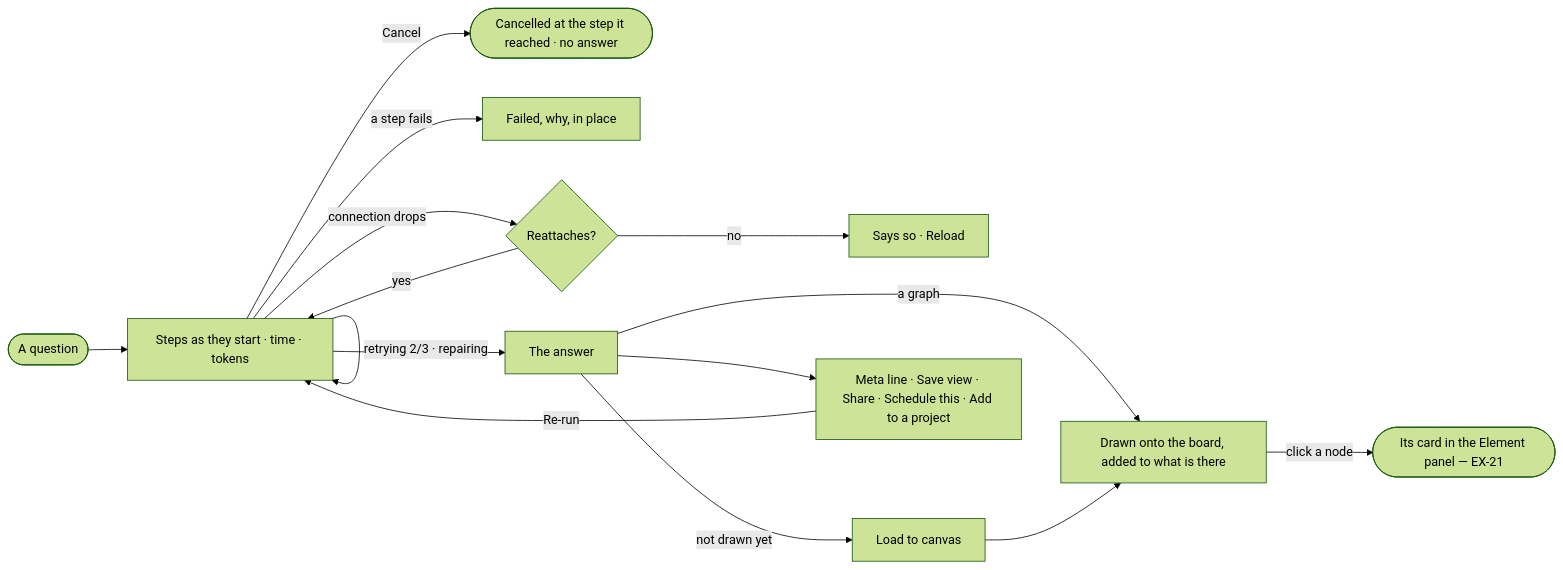
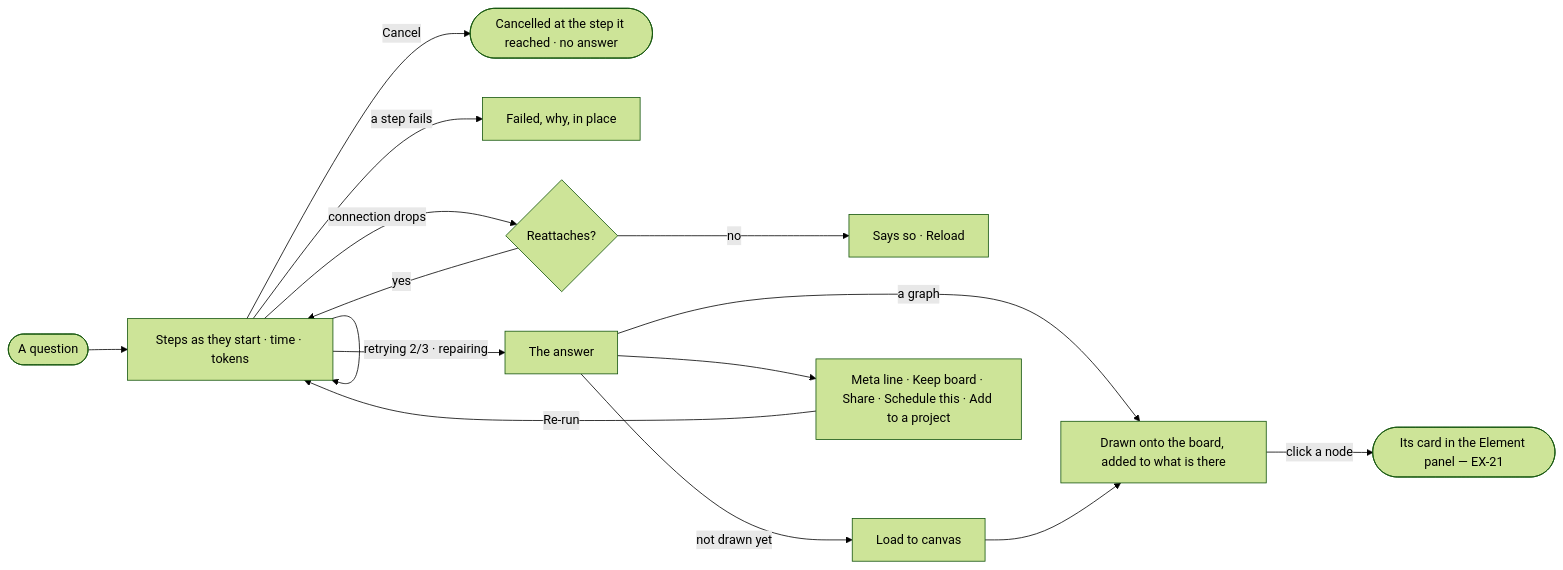
The diagram in specs/capabilities/explore/features/EX-F04-the-answer/stories/EX-02-watch-the-answer-arrive-on-the-board/story.md (invana/invana), drawn with Mermaid (forest theme) before and after one commit. The commit also changed other lines of this file and 522 other files, not shown here.

````diff
--- a/specs/capabilities/explore/features/EX-F04-the-answer/stories/EX-02-watch-the-answer-arrive-on-the-board/story.md
+++ b/specs/capabilities/explore/features/EX-F04-the-answer/stories/EX-02-watch-the-answer-arrive-on-the-board/story.md
@@ -27,15 +27,15 @@
 ```mermaid
 flowchart LR
   q([A question]) --> s["Steps as they start · time · tokens"]
   s -->|retrying 2/3 · repairing| s
   s -->|Cancel| c(["Cancelled at the step it reached · no answer"])
   s -->|a step fails| f["Failed, why, in place"]
   s -->|connection drops| r{Reattaches?}
   r -->|yes| s
   r -->|no| rl["Says so · Reload"]
   s --> a["The answer"] -->|a graph| d["Drawn onto the board, added to what is there"]
   a -->|not drawn yet| l["Load to canvas"] --> d
   d -->|click a node| e(["Its card in the Element panel — EX-21"])
-  a --> m["Meta line · Save view · Share · Schedule this · Add to a project"]
+  a --> m["Meta line · Keep board · Share · Schedule this · Add to a project"]
   m -->|Re-run| s
 ```
````
